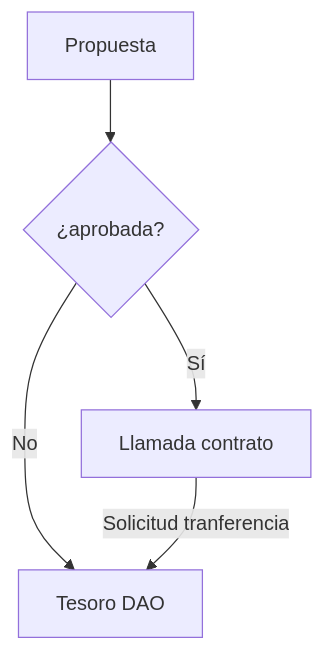
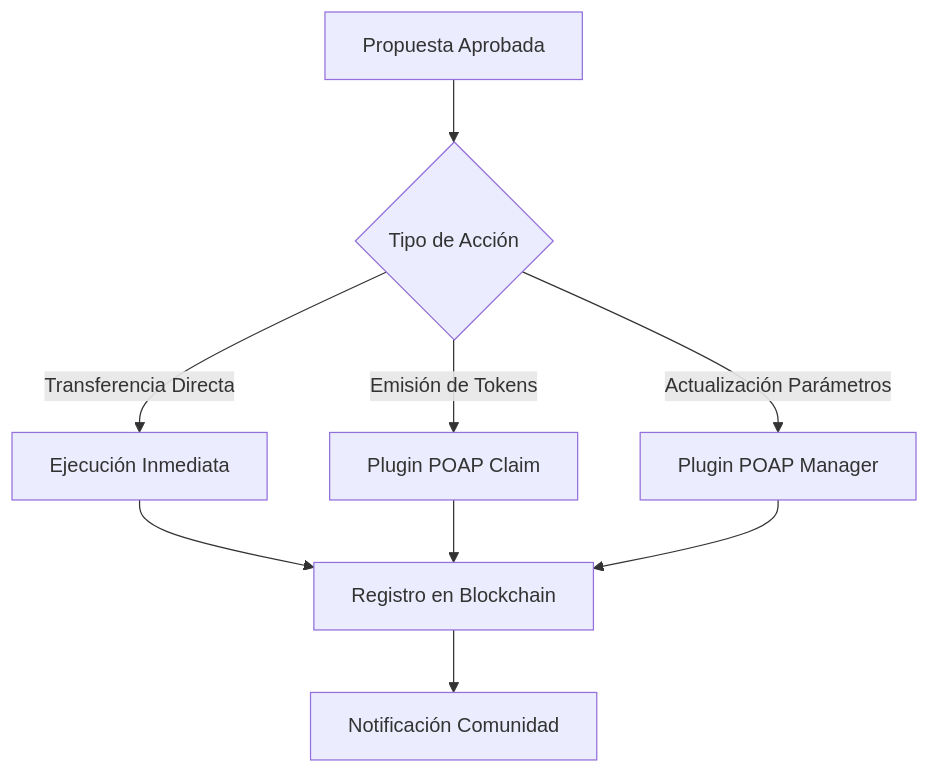
Before and after one commit to eth-ecuador/eth-ecuador-dao: the fifth of 5 diagrams in YellowPaper.md, drawn with Mermaid. The commit also changed other lines of this file, not shown here.

````diff
--- a/YellowPaper.md
+++ b/YellowPaper.md
@@ -230,7 +285,11 @@
 ```mermaid
 flowchart TD
-    A[Propuesta] --> C{¿aprobada?}
-    C -->|Sí| E[Llamada contrato]
-    C -->|No| F[Propuesta rechazada]
-    E --> |Solicitud tranferencia| F[Tesoro DAO]
+    A[Propuesta Aprobada] --> B{Tipo de Acción}
+    B -->|Transferencia Directa| C[Ejecución Inmediata]
+    B -->|Emisión de Tokens| D[Plugin POAP Claim]
+    B -->|Actualización Parámetros| E[Plugin POAP Manager]
+    C --> F[Registro en Blockchain]
+    D --> F
+    E --> F
+    F --> G[Notificación Comunidad]
 ```
````
